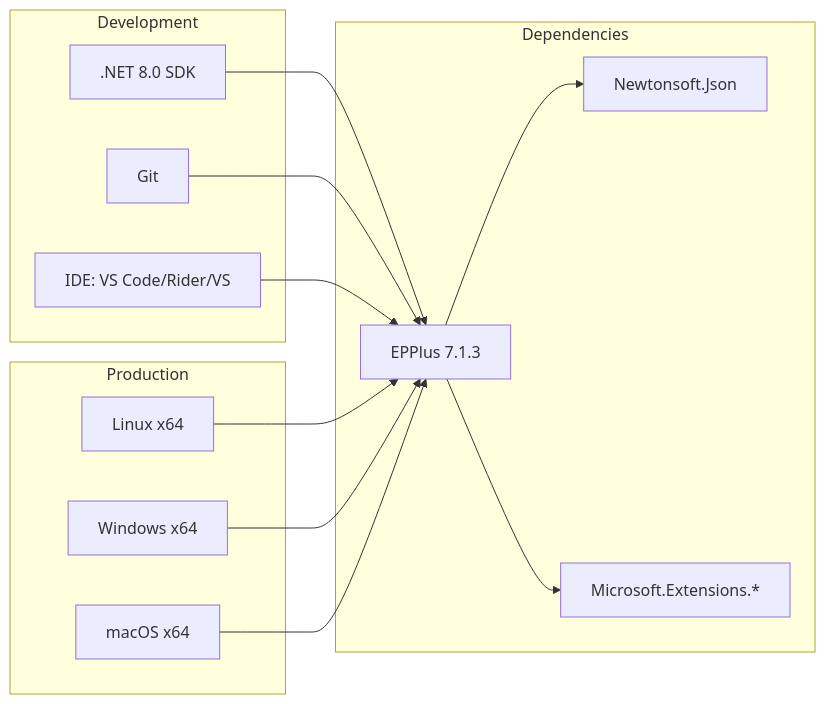
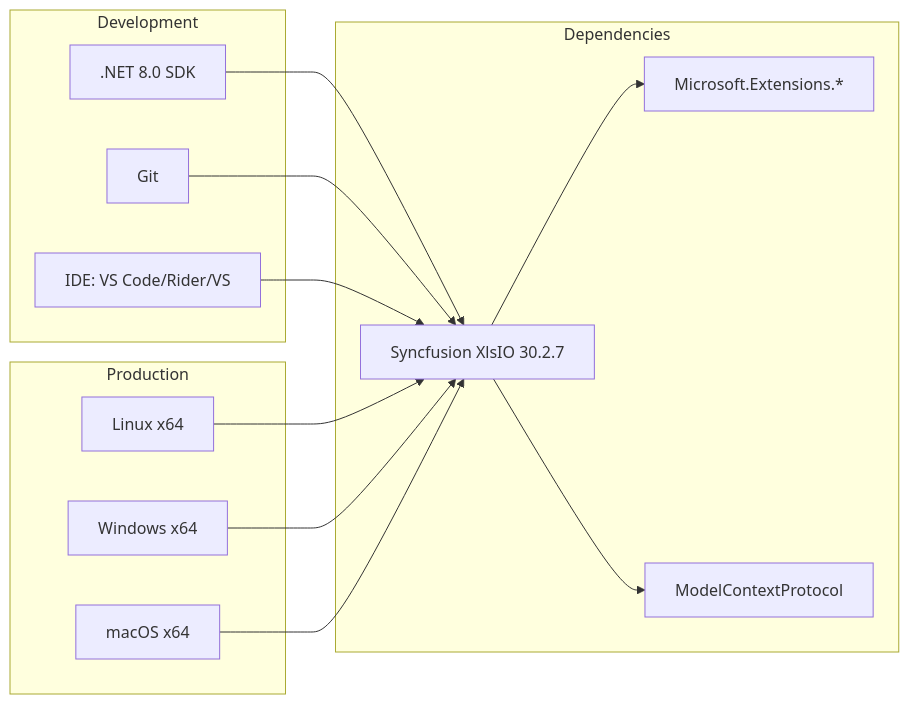
Before and after one commit to serhabdel/Excel-mcp-dotnet: the second of 8 diagrams in README.md, drawn with Mermaid. The commit also changed other lines of this file and 13 other files, not shown here.

First line of the commit message:
Refactor Excel MCP Server to utilize Syncfusion XlsIO and enhance functionality

````diff
--- a/README.md
+++ b/README.md
@@ -61,29 +60,29 @@
 ```mermaid
 graph LR
     subgraph "Development"
         A[.NET 8.0 SDK]
         B[Git]
         C[IDE: VS Code/Rider/VS]
     end
     
     subgraph "Production"
         D[Linux x64]
         E[Windows x64]
         F[macOS x64]
     end
     
     subgraph "Dependencies"
-        G[EPPlus 7.1.3]
-        H[Newtonsoft.Json]
-        I[Microsoft.Extensions.*]
+        G[Syncfusion XlsIO 30.2.7]
+        H[Microsoft.Extensions.*]
+        I[ModelContextProtocol]
     end
     
     A --> G
     B --> G
     C --> G
     D --> G
     E --> G
     F --> G
     G --> H
     G --> I
 ```
````
